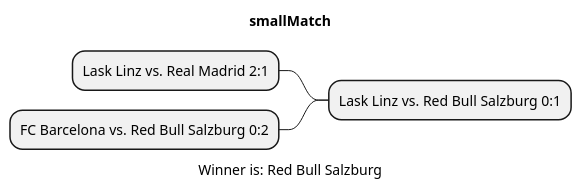
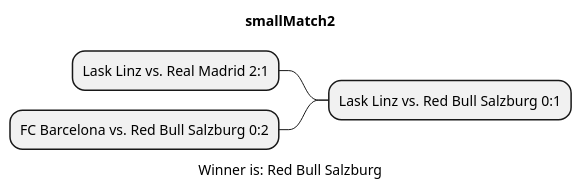
Before and after one commit to htl-leonding-project/2022-4ahif-autohaus: the diagram in asciidocs/plantuml/Result.puml, drawn with PlantUML. The commit also changed 5 other files, not shown here.

```diff
--- a/asciidocs/plantuml/Result.puml
+++ b/asciidocs/plantuml/Result.puml
@@ -1,10 +1,10 @@
-@startmindmap smallMatch.png
-title smallMatch
+@startmindmap smallMatch2.png
+title smallMatch2
 
 - Lask Linz vs. Red Bull Salzburg 0:1
 
 -- Lask Linz vs. Real Madrid 2:1
 
 -- FC Barcelona vs. Red Bull Salzburg 0:2
 caption Winner is: Red Bull Salzburg
 @endmindmap
```
